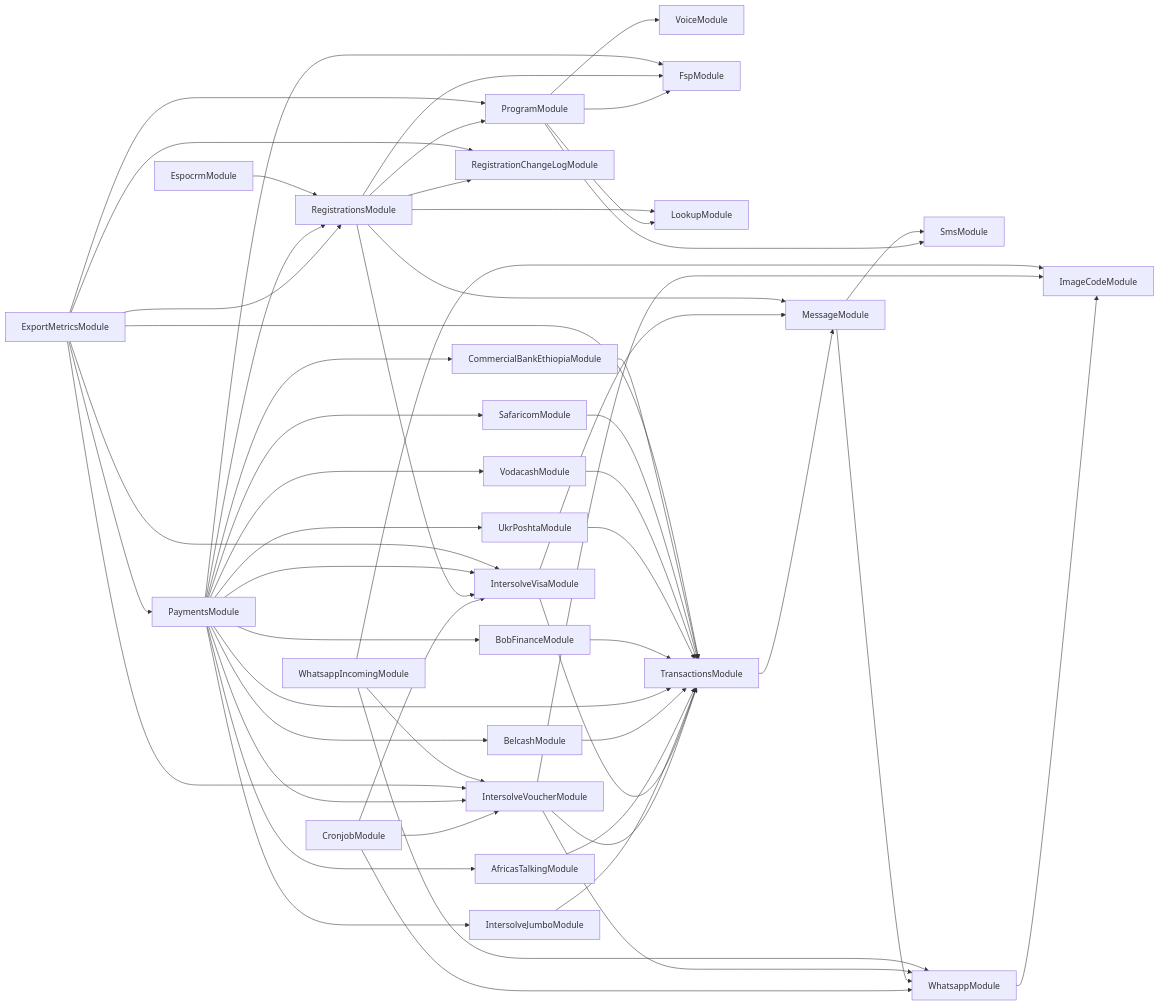
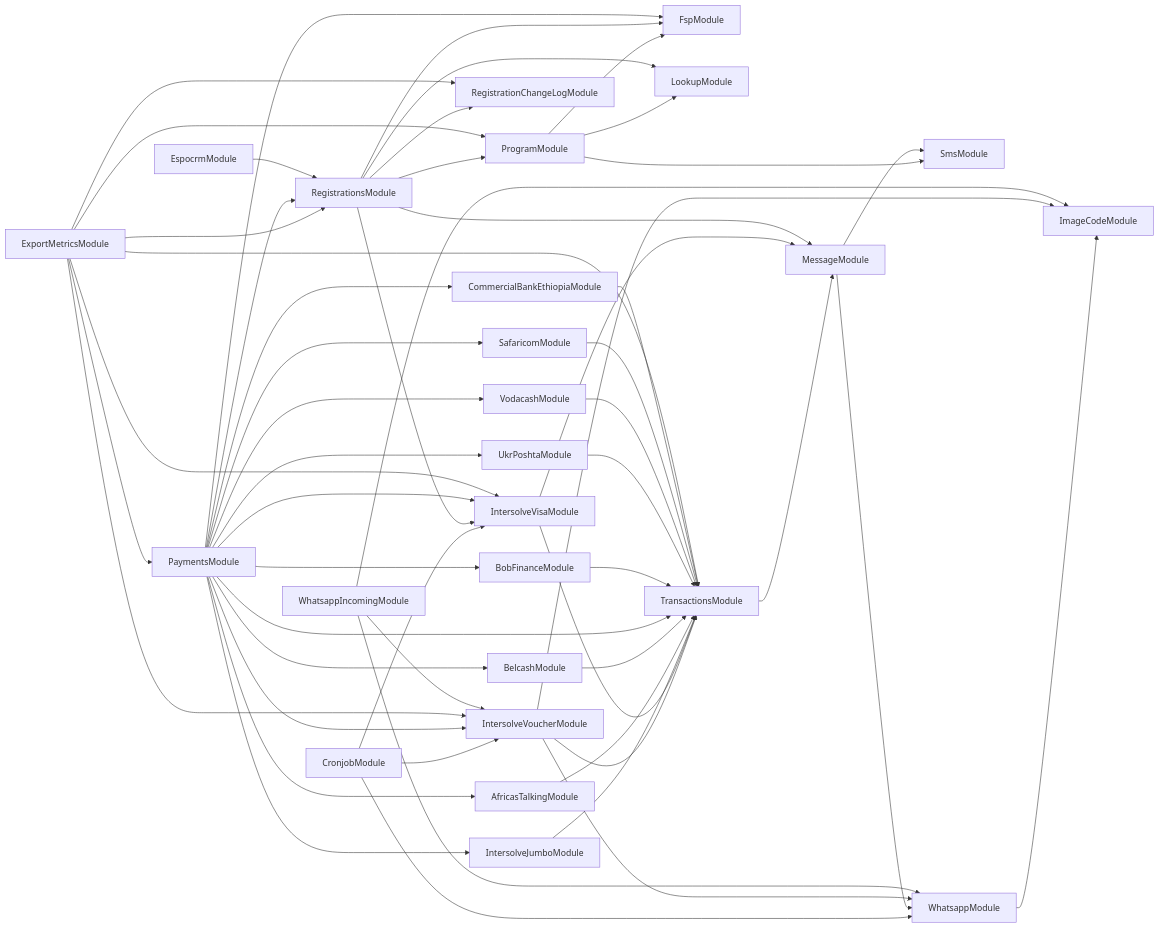
One commit to global-121/121-platform changed the diagram in services/121-service/module-dependencies.md. Above: the diagram before and after it, drawn with Mermaid. The commit also changed 9 other files, not shown here.

````diff
--- a/services/121-service/module-dependencies.md
+++ b/services/121-service/module-dependencies.md
@@ -3,57 +3,56 @@
 ```mermaid
 graph LR
   ProgramModule-->SmsModule
-  ProgramModule-->VoiceModule
   ProgramModule-->FspModule
   ProgramModule-->LookupModule
   CronjobModule-->WhatsappModule
   WhatsappModule-->ImageCodeModule
   CronjobModule-->IntersolveVoucherModule
   IntersolveVoucherModule-->ImageCodeModule
   IntersolveVoucherModule-->TransactionsModule
   TransactionsModule-->MessageModule
   MessageModule-->WhatsappModule
   MessageModule-->SmsModule
   IntersolveVoucherModule-->WhatsappModule
   CronjobModule-->IntersolveVisaModule
   IntersolveVisaModule-->TransactionsModule
   IntersolveVisaModule-->MessageModule
   RegistrationsModule-->LookupModule
   RegistrationsModule-->ProgramModule
   RegistrationsModule-->FspModule
   RegistrationsModule-->MessageModule
   RegistrationsModule-->IntersolveVisaModule
   RegistrationsModule-->RegistrationChangeLogModule
   ExportMetricsModule-->ProgramModule
   ExportMetricsModule-->RegistrationsModule
   ExportMetricsModule-->PaymentsModule
   PaymentsModule-->FspModule
   PaymentsModule-->IntersolveVoucherModule
   PaymentsModule-->IntersolveVisaModule
   PaymentsModule-->IntersolveJumboModule
   IntersolveJumboModule-->TransactionsModule
   PaymentsModule-->AfricasTalkingModule
   AfricasTalkingModule-->TransactionsModule
   PaymentsModule-->BelcashModule
   BelcashModule-->TransactionsModule
   PaymentsModule-->TransactionsModule
   PaymentsModule-->BobFinanceModule
   BobFinanceModule-->TransactionsModule
   PaymentsModule-->UkrPoshtaModule
   UkrPoshtaModule-->TransactionsModule
   PaymentsModule-->VodacashModule
   VodacashModule-->TransactionsModule
   PaymentsModule-->SafaricomModule
   SafaricomModule-->TransactionsModule
   PaymentsModule-->CommercialBankEthiopiaModule
   CommercialBankEthiopiaModule-->TransactionsModule
   PaymentsModule-->RegistrationsModule
   ExportMetricsModule-->TransactionsModule
   ExportMetricsModule-->IntersolveVisaModule
   ExportMetricsModule-->IntersolveVoucherModule
   ExportMetricsModule-->RegistrationChangeLogModule
   WhatsappIncomingModule-->ImageCodeModule
   WhatsappIncomingModule-->IntersolveVoucherModule
   WhatsappIncomingModule-->WhatsappModule
   EspocrmModule-->RegistrationsModule
 ```
````
